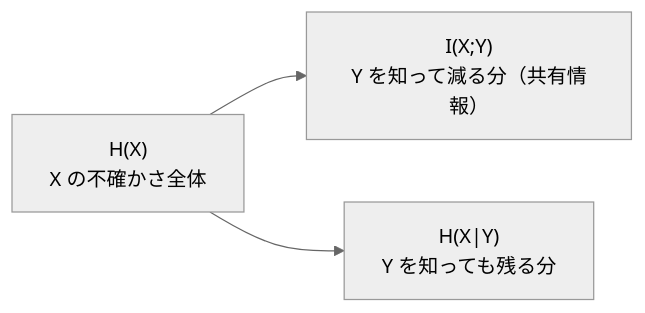
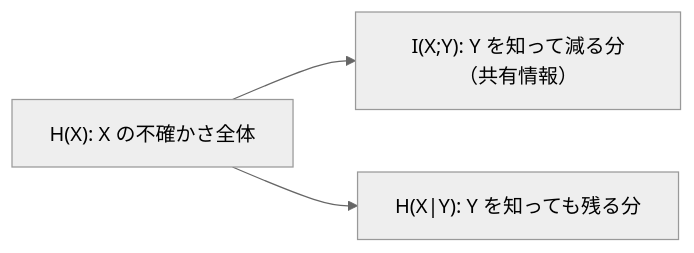
Before and after one commit to SomaTomita/sec-prep: the diagram in topics/01_prerequisites/01_math-for-crypto/05_info-theory/02_conditional-mutual-info.md, drawn with Mermaid (neutral theme). The commit also changed other lines of this file and 4 other files, not shown here.

````diff
--- a/topics/01_prerequisites/01_math-for-crypto/05_info-theory/02_conditional-mutual-info.md
+++ b/topics/01_prerequisites/01_math-for-crypto/05_info-theory/02_conditional-mutual-info.md
@@ -33,5 +44,5 @@
 ```mermaid
 flowchart LR
-    HX["H(X)<br/>X の不確かさ全体"] --> I["I(X;Y)<br/>Y を知って減る分（共有情報）"]
-    HX --> HXY["H(X|Y)<br/>Y を知っても残る分"]
+    HX["H(X): X の不確かさ全体"] --> I["I(X;Y): Y を知って減る分（共有情報）"]
+    HX --> HXY["H(X|Y): Y を知っても残る分"]
 ```
````
